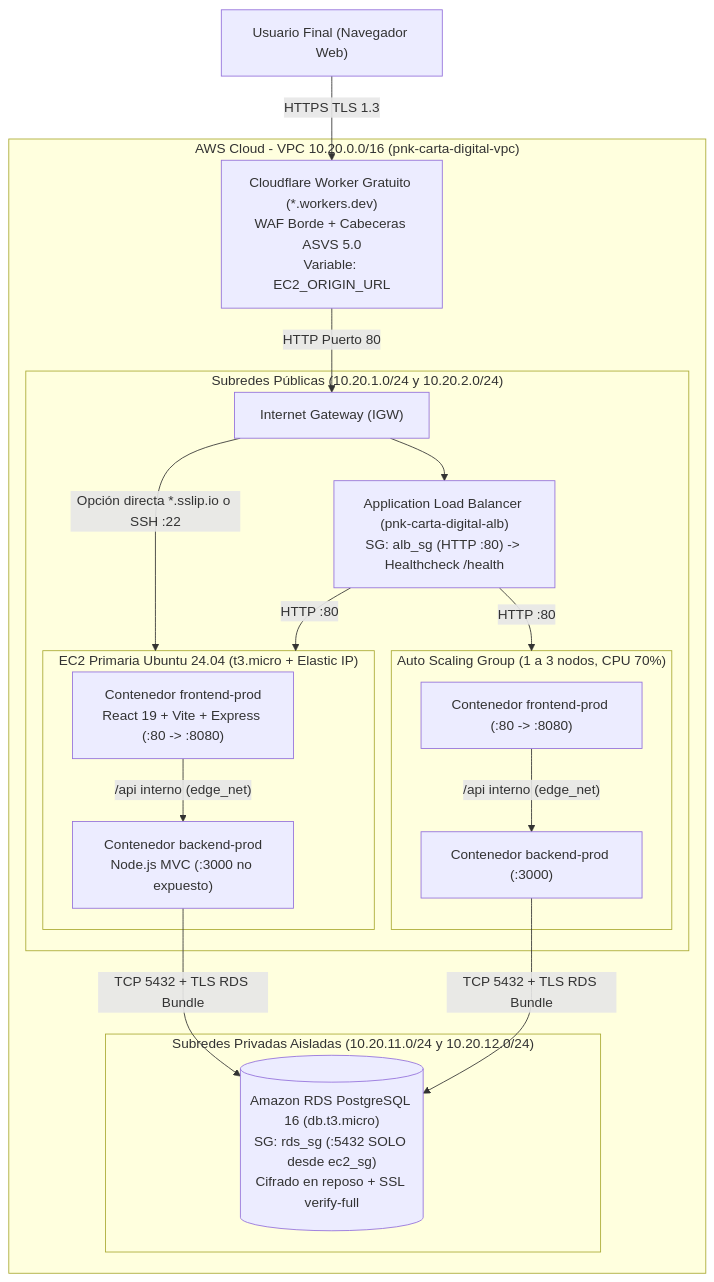
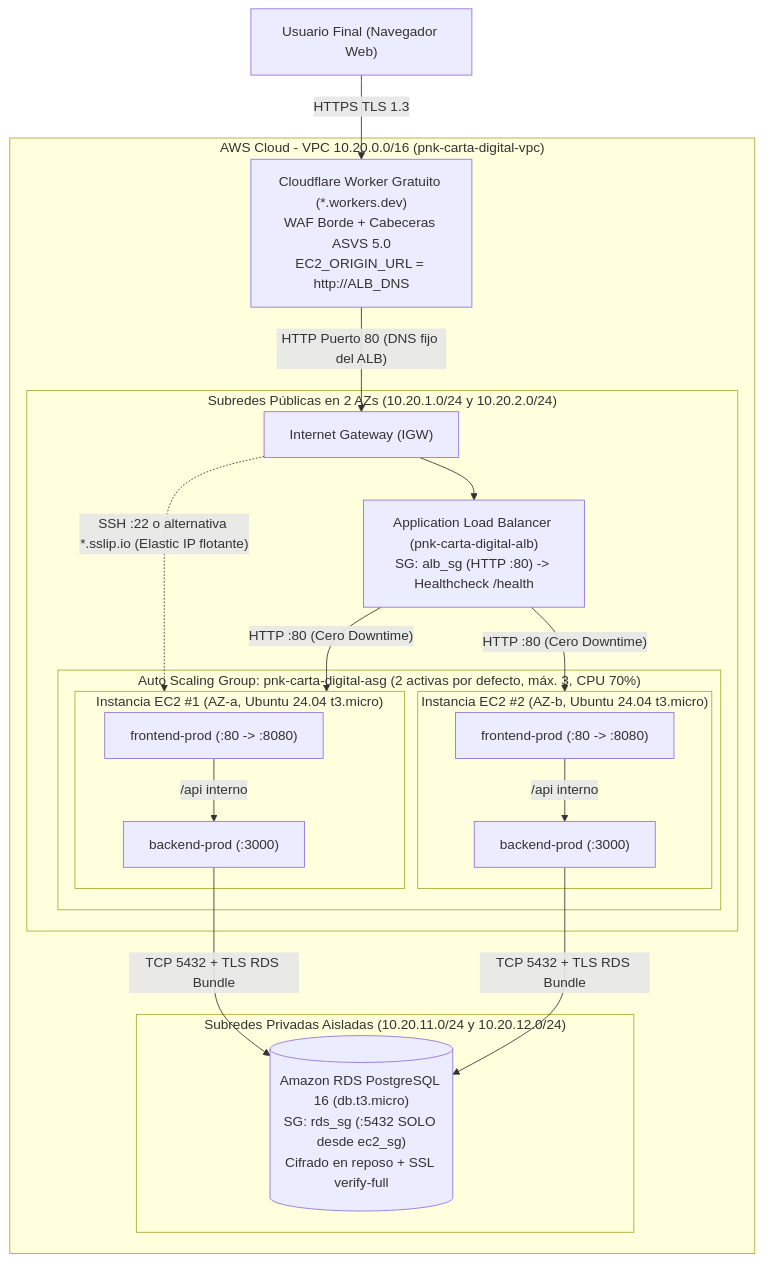
The diagram in MANUAL_DESPLIEGUE_DESDE_CERO.md (stxtiz/trabajo_desarrollo_seguro), drawn with Mermaid before and after one commit. The commit also changed other lines of this file and 11 other files, not shown here.

Commit message:
feat(aws): 100% EC2 en Auto Scaling Group (2 nodos en 2 AZs), EIP flotante y ALB sin downtime

````diff
--- a/MANUAL_DESPLIEGUE_DESDE_CERO.md
+++ b/MANUAL_DESPLIEGUE_DESDE_CERO.md
@@ -31,33 +32,34 @@
 ```mermaid
 flowchart TB
-    User["Usuario Final (Navegador Web)"] -->|"HTTPS TLS 1.3"| CF["Cloudflare Worker Gratuito (*.workers.dev)<br/>WAF Borde + Cabeceras ASVS 5.0<br/>Variable: EC2_ORIGIN_URL"]
+    User["Usuario Final (Navegador Web)"] -->|"HTTPS TLS 1.3"| CF["Cloudflare Worker Gratuito (*.workers.dev)<br/>WAF Borde + Cabeceras ASVS 5.0<br/>EC2_ORIGIN_URL = http://ALB_DNS"]
 
     subgraph AWS["AWS Cloud - VPC 10.20.0.0/16 (pnk-carta-digital-vpc)"]
         IGW["Internet Gateway (IGW)"]
-        CF -->|"HTTP Puerto 80"| IGW
+        CF -->|"HTTP Puerto 80 (DNS fijo del ALB)"| IGW
 
-        subgraph PublicSubnets["Subredes Públicas (10.20.1.0/24 y 10.20.2.0/24)"]
+        subgraph PublicSubnets["Subredes Públicas en 2 AZs (10.20.1.0/24 y 10.20.2.0/24)"]
             ALB["Application Load Balancer (pnk-carta-digital-alb)<br/>SG: alb_sg (HTTP :80) -> Healthcheck /health"]
             IGW --> ALB
-            IGW -->|"Opción directa *.sslip.io o SSH :22"| EC2P
+            IGW -.->|"SSH :22 o alternativa *.sslip.io (Elastic IP flotante)"| EC2A
 
-            subgraph EC2P["EC2 Primaria Ubuntu 24.04 (t3.micro + Elastic IP)"]
-                FE1["Contenedor frontend-prod<br/>React 19 + Vite + Express (:80 -> :8080)"] -->|"/api interno (edge_net)"| BE1["Contenedor backend-prod<br/>Node.js MVC (:3000 no expuesto)"]
+            subgraph ASG["Auto Scaling Group: pnk-carta-digital-asg (2 activas por defecto, máx. 3, CPU 70%)"]
+                subgraph EC2A["Instancia EC2 #1 (AZ-a, Ubuntu 24.04 t3.micro)"]
+                    FE1["frontend-prod (:80 -> :8080)"] -->|"/api interno"| BE1["backend-prod (:3000)"]
+                end
+                subgraph EC2B["Instancia EC2 #2 (AZ-b, Ubuntu 24.04 t3.micro)"]
+                    FE2["frontend-prod (:80 -> :8080)"] -->|"/api interno"| BE2["backend-prod (:3000)"]
+                end
             end
 
-            subgraph ASG["Auto Scaling Group (1 a 3 nodos, CPU 70%)"]
-                FE2["Contenedor frontend-prod (:80 -> :8080)"] -->|"/api interno (edge_net)"| BE2["Contenedor backend-prod (:3000)"]
-            end
-
-            ALB -->|"HTTP :80"| EC2P
-            ALB -->|"HTTP :80"| ASG
+            ALB -->|"HTTP :80 (Cero Downtime)"| EC2A
+            ALB -->|"HTTP :80 (Cero Downtime)"| EC2B
         end
 
         subgraph PrivateSubnets["Subredes Privadas Aisladas (10.20.11.0/24 y 10.20.12.0/24)"]
             RDS[("Amazon RDS PostgreSQL 16 (db.t3.micro)<br/>SG: rds_sg (:5432 SOLO desde ec2_sg)<br/>Cifrado en reposo + SSL verify-full")]
         end
 
         BE1 -->|"TCP 5432 + TLS RDS Bundle"| RDS
         BE2 -->|"TCP 5432 + TLS RDS Bundle"| RDS
     end
 ```
````
